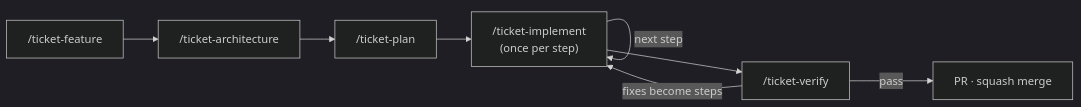
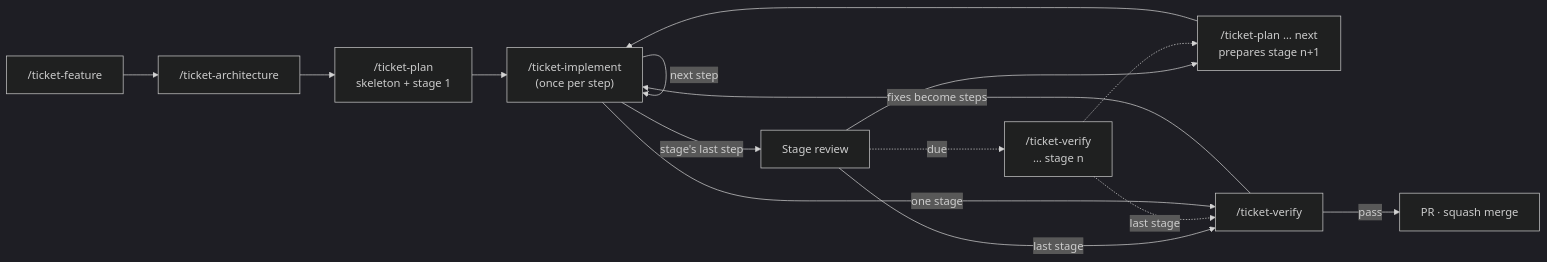
The first of 3 diagrams in docs/knowledge/sdd.md (khotei/app-template), drawn with Mermaid (dark theme) before and after one commit. The commit also changed other lines of this file and 46 other files, not shown here.

````diff
--- a/docs/knowledge/sdd.md
+++ b/docs/knowledge/sdd.md
@@ -7,9 +7,16 @@
 ```mermaid
 graph LR
-  F["/ticket-feature"] --> A["/ticket-architecture"] --> P["/ticket-plan"]
+  F["/ticket-feature"] --> A["/ticket-architecture"] --> P["/ticket-plan<br/>skeleton + stage 1"]
   P --> I["/ticket-implement<br/>(once per step)"]
   I -->|next step| I
-  I --> V["/ticket-verify"]
+  I -->|stage's last step| R[Stage review]
+  R -.->|due| SV["/ticket-verify<br/>… stage n"]
+  R --> N["/ticket-plan … next<br/>prepares stage n+1"]
+  SV -.-> N
+  N --> I
+  R -->|last stage| V["/ticket-verify"]
+  SV -.->|last stage| V
+  I -->|one stage| V
   V -->|fixes become steps| I
   V -->|pass| PR[PR · squash merge]
 ```
````
